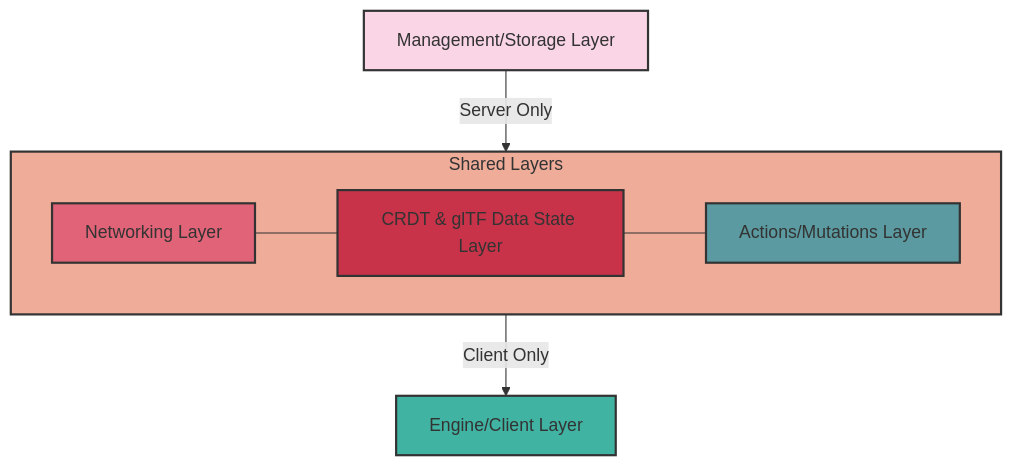
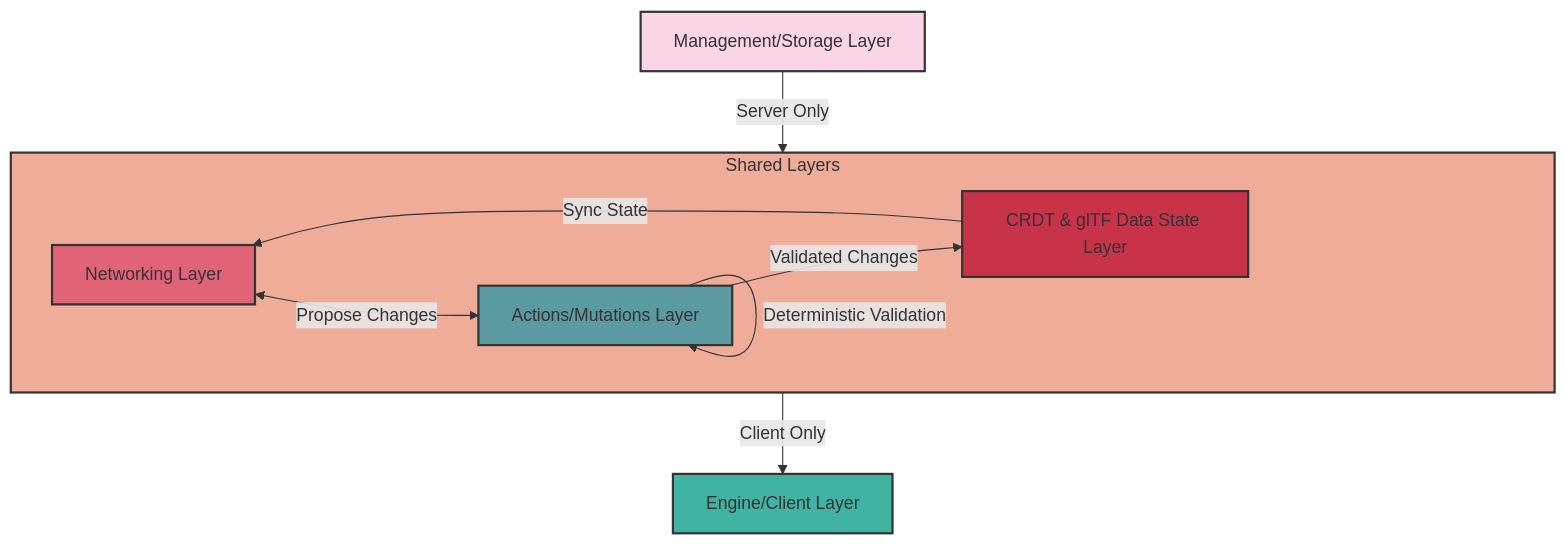
Before and after one commit to vircadia/vircadia-world-sdk-ts: the diagram in README.md, drawn with Mermaid.

Commit message:
Update diagram further.

````diff
--- a/README.md
+++ b/README.md
@@ -46,16 +46,23 @@
 ```mermaid
 graph TD
     A[Management/Storage Layer] -->|Server Only| B
     subgraph B [Shared Layers]
         direction LR
-        C[Networking Layer] --- D[CRDT & glTF Data State Layer] --- E[Actions/Mutations Layer]
+        C[Networking Layer]
+        D[CRDT & glTF Data State Layer]
+        E[Actions/Mutations Layer]
+        C <--> |Propose Changes| E
+        E -->|Validated Changes| D
+        D -->|Sync State| C
     end
     B -->|Client Only| F[Engine/Client Layer]
+
+    E -->|Deterministic Validation| E
 
     style A fill:#f9d5e5,stroke:#333,stroke-width:2px
     style B fill:#eeac99,stroke:#333,stroke-width:2px
     style C fill:#e06377,stroke:#333,stroke-width:2px
     style D fill:#c83349,stroke:#333,stroke-width:2px
     style E fill:#5b9aa0,stroke:#333,stroke-width:2px
     style F fill:#41b3a3,stroke:#333,stroke-width:2px
 ```
````
